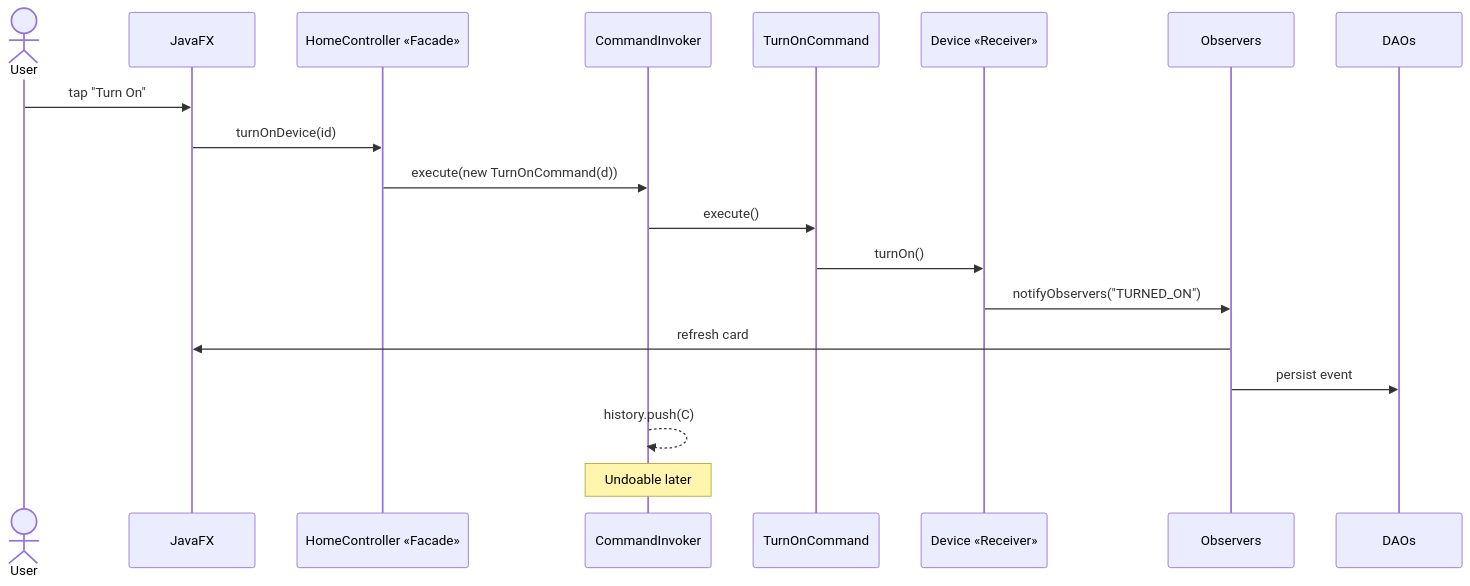
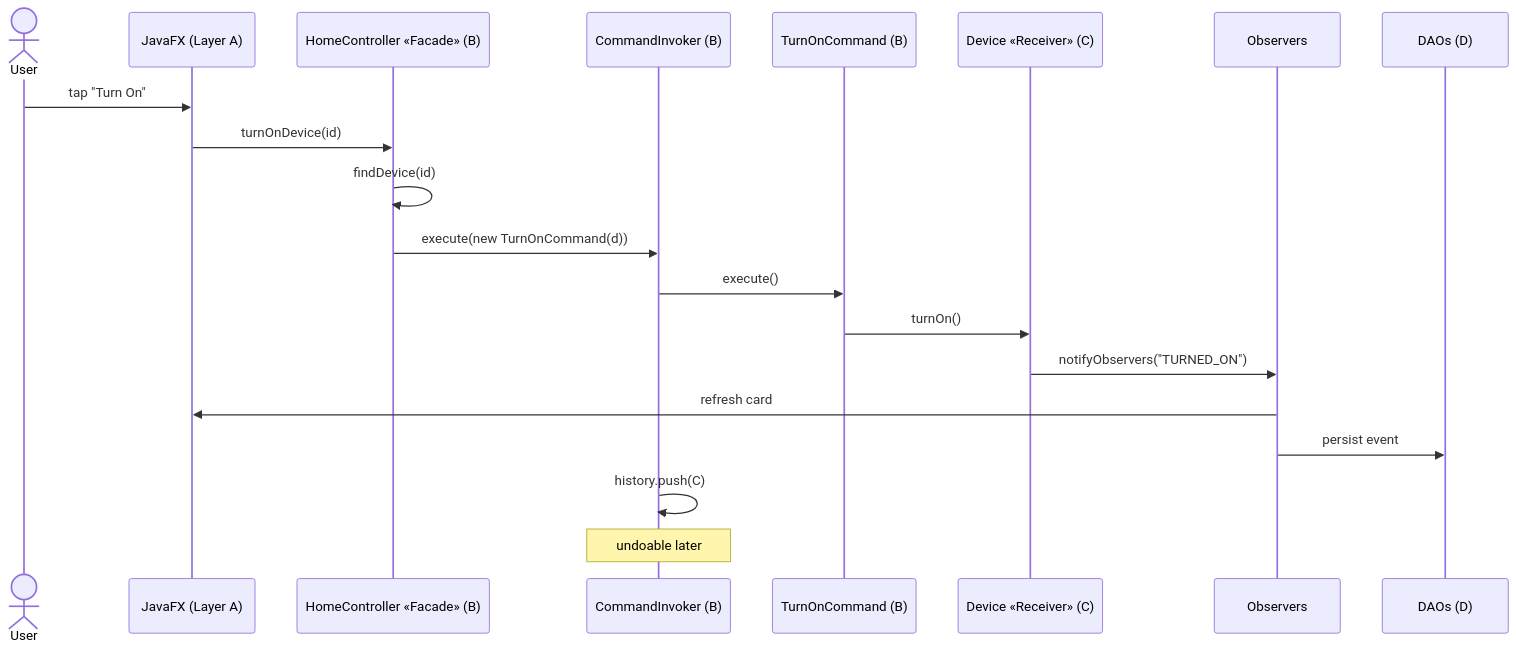
One commit to Abdullah3655/Smart-Home-Project changed the sixth of 6 diagrams in docs/class-diagram.md. Above: the diagram before and after it, drawn with Mermaid. The commit also changed other lines of this file, not shown here.

Commit message:
Class diagrams: split into per-layer diagrams (Presentation/Application/Domain/Persistence)

````diff
--- a/docs/class-diagram.md
+++ b/docs/class-diagram.md
@@ -246,22 +476,23 @@
 ```mermaid
 sequenceDiagram
     actor User
-    participant UI as JavaFX
-    participant F as HomeController «Facade»
-    participant I as CommandInvoker
-    participant C as TurnOnCommand
-    participant D as Device «Receiver»
+    participant UI as JavaFX (Layer A)
+    participant F as HomeController «Facade» (B)
+    participant I as CommandInvoker (B)
+    participant C as TurnOnCommand (B)
+    participant D as Device «Receiver» (C)
     participant Obs as Observers
-    participant DAO as DAOs
+    participant DAO as DAOs (D)
 
     User->>UI: tap "Turn On"
     UI->>F: turnOnDevice(id)
+    F->>F: findDevice(id)
     F->>I: execute(new TurnOnCommand(d))
     I->>C: execute()
     C->>D: turnOn()
     D->>Obs: notifyObservers("TURNED_ON")
     Obs->>UI: refresh card
     Obs->>DAO: persist event
-    I-->>I: history.push(C)
-    Note over I: Undoable later
+    I->>I: history.push(C)
+    Note over I: undoable later
 ```
````
